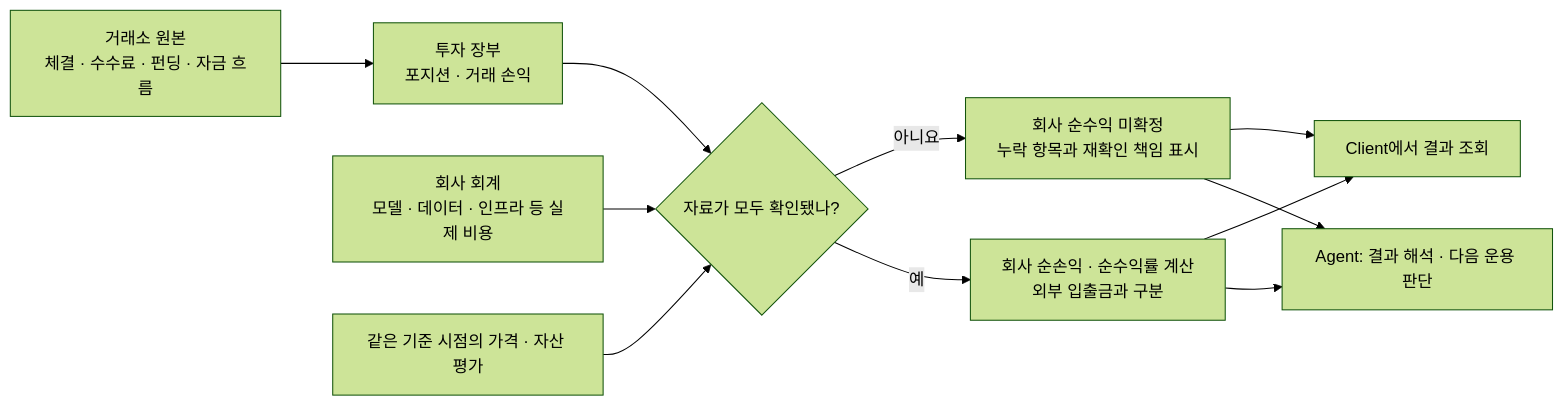
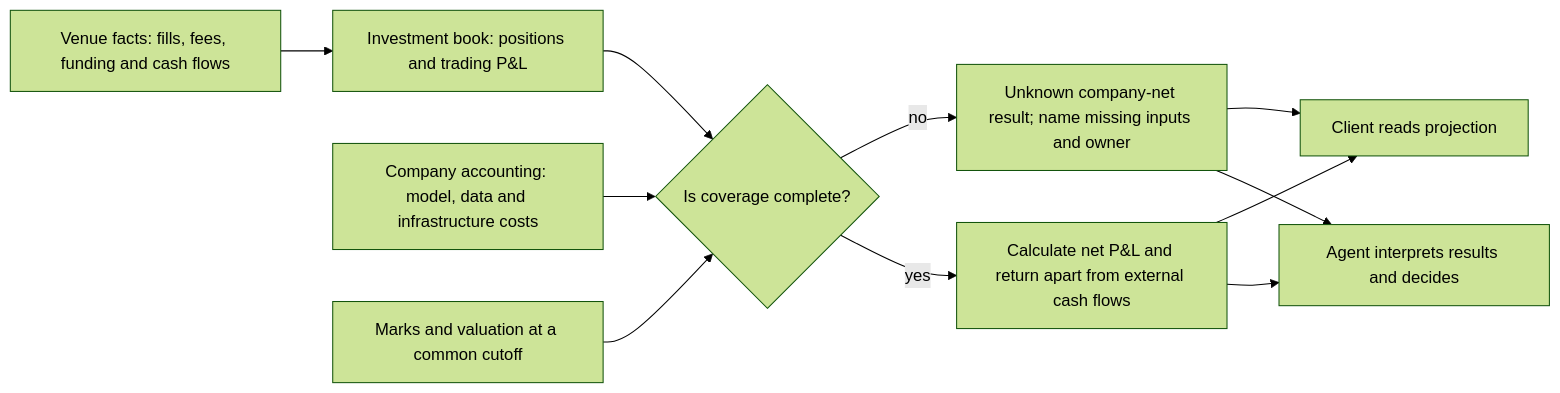
Diagram 15 of 16 in docs/company-agent-quant.md (openboa-ai/sourdough), drawn with Mermaid (forest theme) before and after one commit. The commit also changed other lines of this file and 29 other files, not shown here.

````diff
--- a/docs/company-agent-quant.md
+++ b/docs/company-agent-quant.md
@@ -394,19 +389,19 @@
 ```mermaid
 flowchart LR
-    Venue["거래소 원본<br/>체결 · 수수료 · 펀딩 · 자금 흐름"]
-    Position["투자 장부<br/>포지션 · 거래 손익"]
-    Costs["회사 회계<br/>모델 · 데이터 · 인프라 등 실제 비용"]
-    Marks["같은 기준 시점의 가격 · 자산 평가"]
-    Coverage{"자료가 모두 확인됐나?"}
-    Unknown["회사 순수익 미확정<br/>누락 항목과 재확인 책임 표시"]
-    Net["회사 순손익 · 순수익률 계산<br/>외부 입출금과 구분"]
-    Client["Client에서 결과 조회"]
-    Review["Agent: 결과 해석 · 다음 운용 판단"]
+    Venue["Venue facts: fills, fees, funding and cash flows"]
+    Position["Investment book: positions and trading P&L"]
+    Costs["Company accounting: model, data and infrastructure costs"]
+    Marks["Marks and valuation at a common cutoff"]
+    Coverage{"Is coverage complete?"}
+    Unknown["Unknown company-net result; name missing inputs and owner"]
+    Net["Calculate net P&L and return apart from external cash flows"]
+    Client["Client reads projection"]
+    Review["Agent interprets results and decides"]
     Venue --> Position --> Coverage
     Costs --> Coverage
     Marks --> Coverage
-    Coverage -->|아니요| Unknown --> Client
-    Coverage -->|예| Net --> Client
+    Coverage -->|no| Unknown --> Client
+    Coverage -->|yes| Net --> Client
     Net --> Review
     Unknown --> Review
 ```
````
